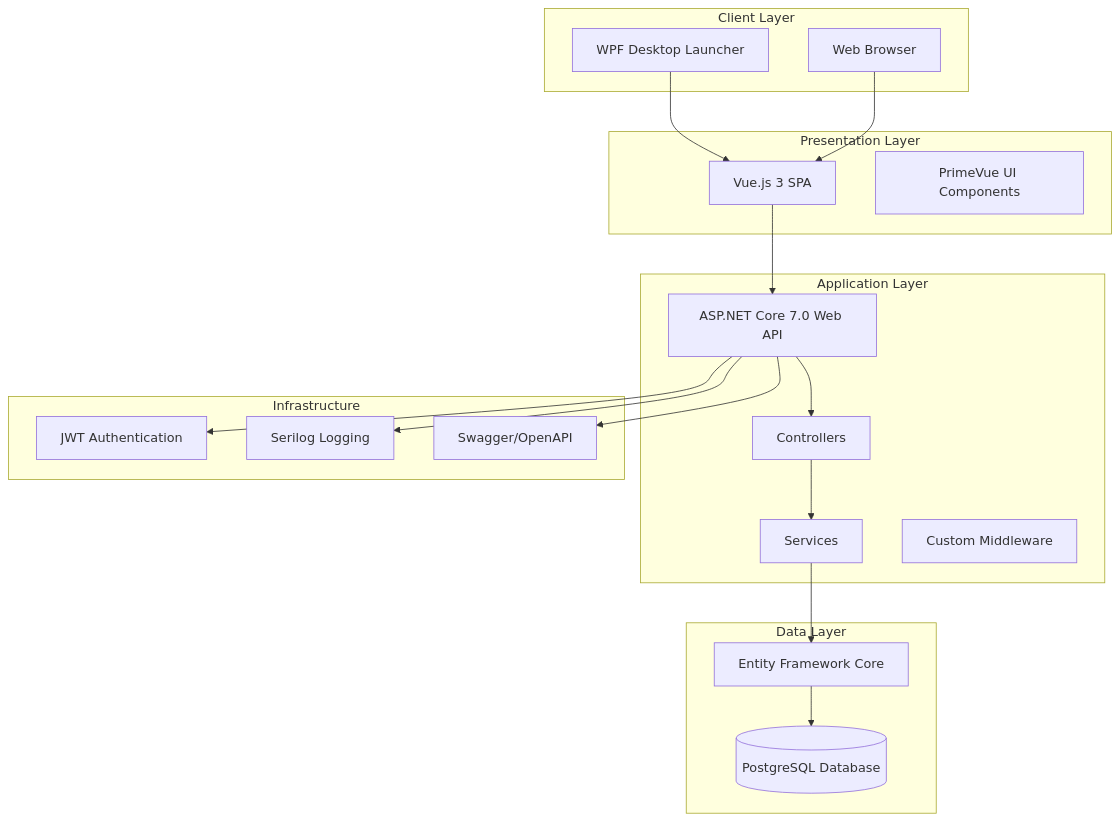
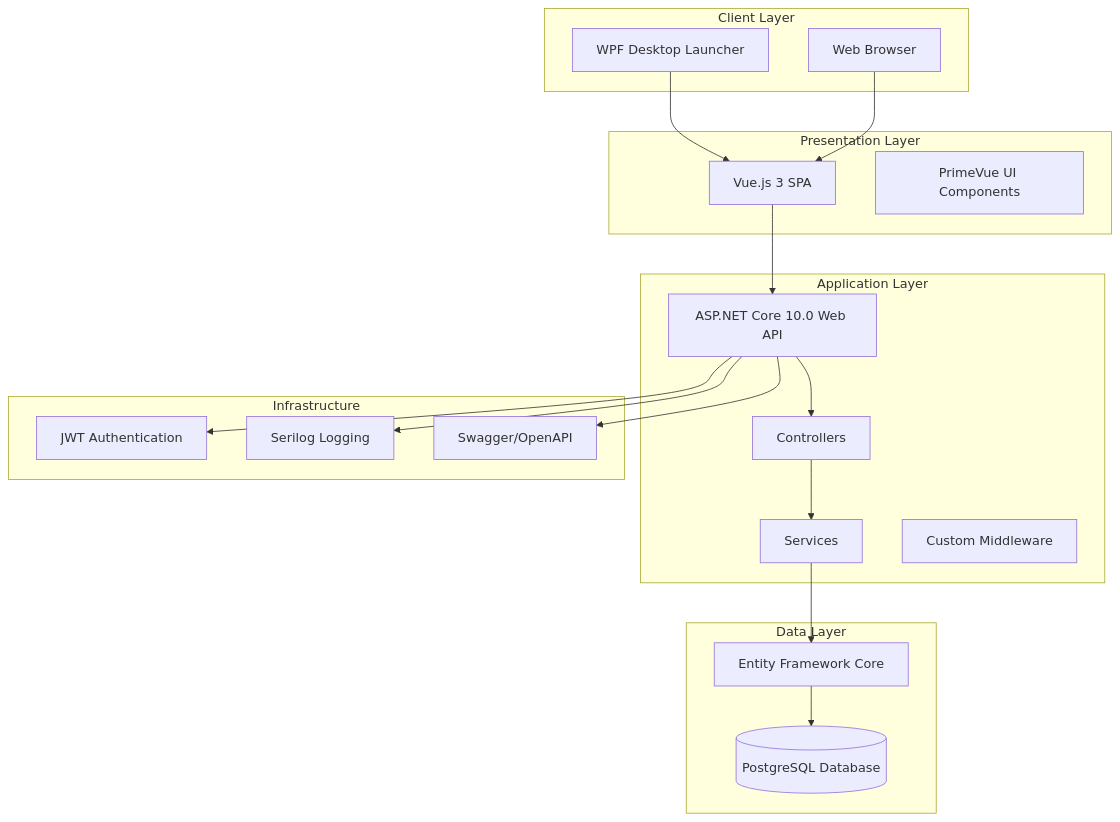
The first of 3 diagrams in TECHNICAL_SPECIFICATION.md (alexeykuptsov/TodoLists), drawn with Mermaid before and after one commit. The commit also changed other lines of this file and 29 other files, not shown here.

````diff
--- a/TECHNICAL_SPECIFICATION.md
+++ b/TECHNICAL_SPECIFICATION.md
@@ -45,41 +45,41 @@
 ```mermaid
 graph TB
     subgraph "Client Layer"
         WPF[WPF Desktop Launcher]
         Browser[Web Browser]
     end
     
     subgraph "Presentation Layer"
         Vue[Vue.js 3 SPA]
         PrimeVue[PrimeVue UI Components]
     end
     
     subgraph "Application Layer"
-        API[ASP.NET Core 7.0 Web API]
+        API[ASP.NET Core 10.0 Web API]
         Controllers[Controllers]
         Services[Services]
         Middleware[Custom Middleware]
     end
     
     subgraph "Data Layer"
         EF[Entity Framework Core]
         PostgreSQL[(PostgreSQL Database)]
     end
     
     subgraph "Infrastructure"
         JWT[JWT Authentication]
         Serilog[Serilog Logging]
         Swagger[Swagger/OpenAPI]
     end
     
     WPF --> Vue
     Browser --> Vue
     Vue --> API
     API --> Controllers
     Controllers --> Services
     Services --> EF
     EF --> PostgreSQL
     API --> JWT
     API --> Serilog
     API --> Swagger
 ```
````
